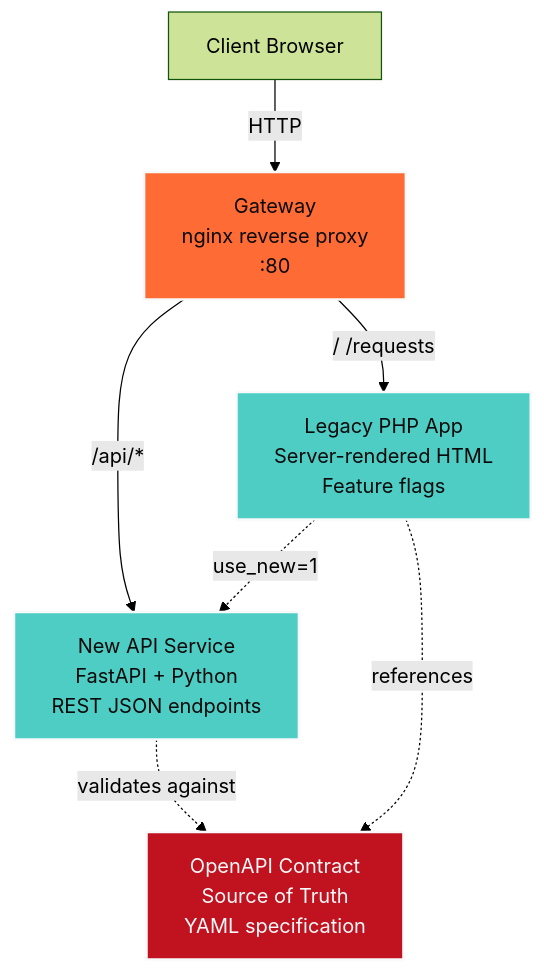
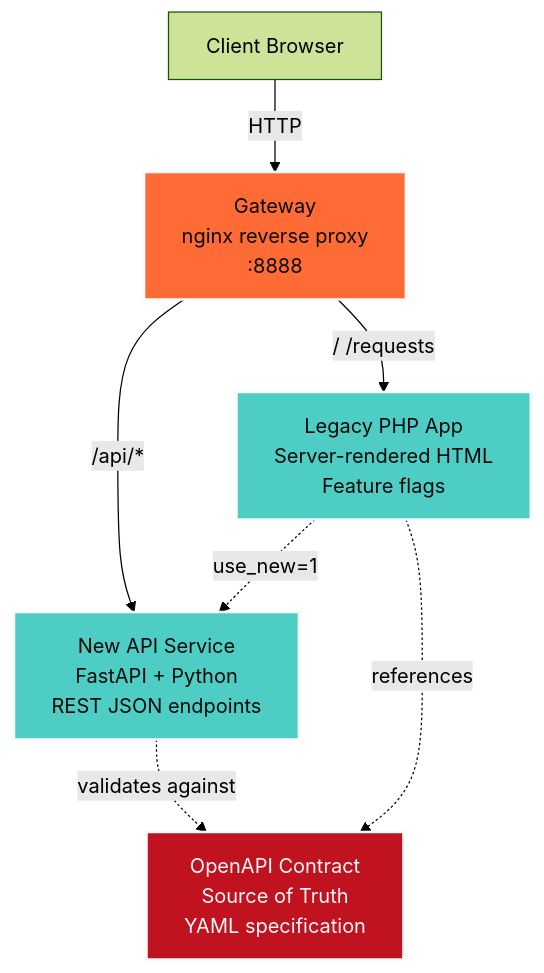
One commit to mongonsh/Strangler-Studio-with-PHP-Migration-Tool changed the diagram in README.md. Above: the diagram before and after it, drawn with Mermaid (forest theme). The commit also changed other lines of this file and 2 other files, not shown here.

First line of the commit message:
Fix port conflicts: change gateway to 8888, remove obsolete version

````diff
--- a/README.md
+++ b/README.md
@@ -9,20 +9,20 @@
 ```mermaid
 graph TB
     Client[Client Browser]
-    Gateway[Gateway<br/>nginx reverse proxy<br/>:80]
+    Gateway[Gateway<br/>nginx reverse proxy<br/>:8888]
     Legacy[Legacy PHP App<br/>Server-rendered HTML<br/>Feature flags]
     NewAPI[New API Service<br/>FastAPI + Python<br/>REST JSON endpoints]
     Contract[OpenAPI Contract<br/>Source of Truth<br/>YAML specification]
     
     Client -->|HTTP| Gateway
     Gateway -->|/ /requests| Legacy
     Gateway -->|/api/*| NewAPI
     Legacy -.->|use_new=1| NewAPI
     NewAPI -.->|validates against| Contract
     Legacy -.->|references| Contract
     
     style Gateway fill:#ff6b35,stroke:#f8f9fa,stroke-width:2px,color:#0a0a0a
     style Legacy fill:#4ecdc4,stroke:#f8f9fa,stroke-width:2px,color:#0a0a0a
     style NewAPI fill:#4ecdc4,stroke:#f8f9fa,stroke-width:2px,color:#0a0a0a
     style Contract fill:#c1121f,stroke:#f8f9fa,stroke-width:2px,color:#f8f9fa
 ```
````
